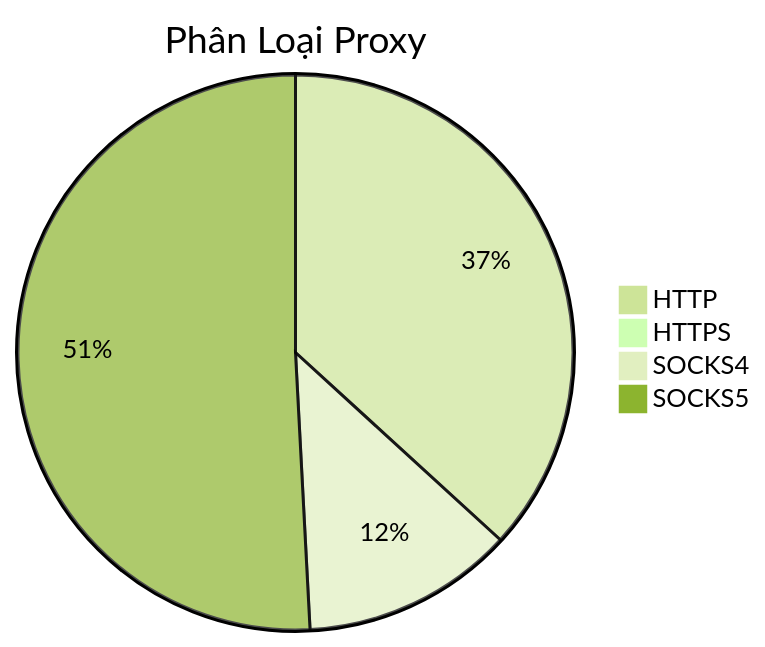
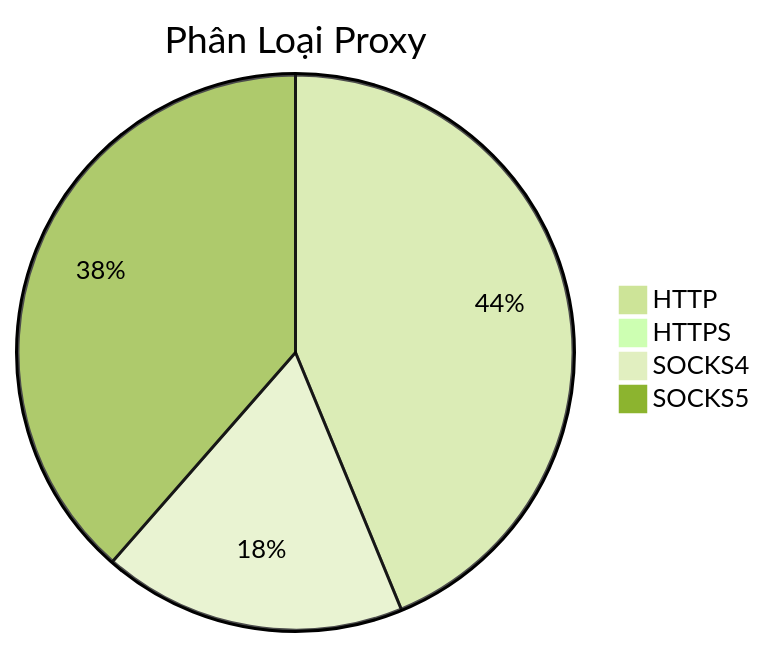
The diagram in README.md (Ciara-Aa/PROXY-free), drawn with Mermaid (forest theme) before and after one commit. The commit also changed other lines of this file and 4 other files, not shown here.

````diff
--- a/README.md
+++ b/README.md
@@ -26,7 +26,7 @@
 ```mermaid
 pie title Phân Loại Proxy
-    "HTTP" : 330
+    "HTTP" : 352
     "HTTPS" : 5
-    "SOCKS4" : 111
-    "SOCKS5" : 456
+    "SOCKS4" : 142
+    "SOCKS5" : 310
 ```
````
